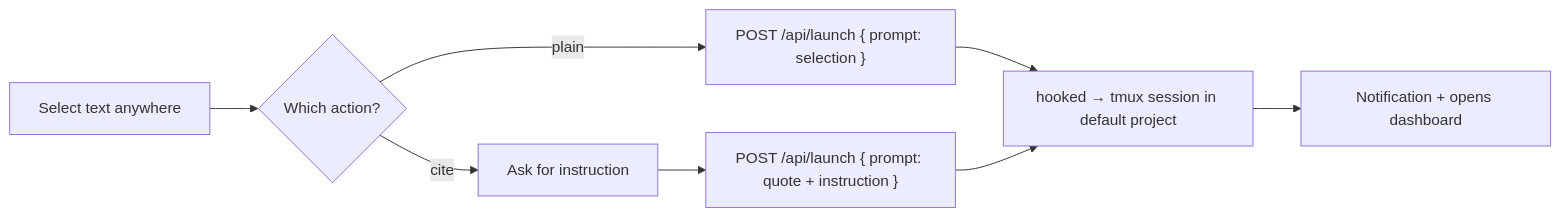
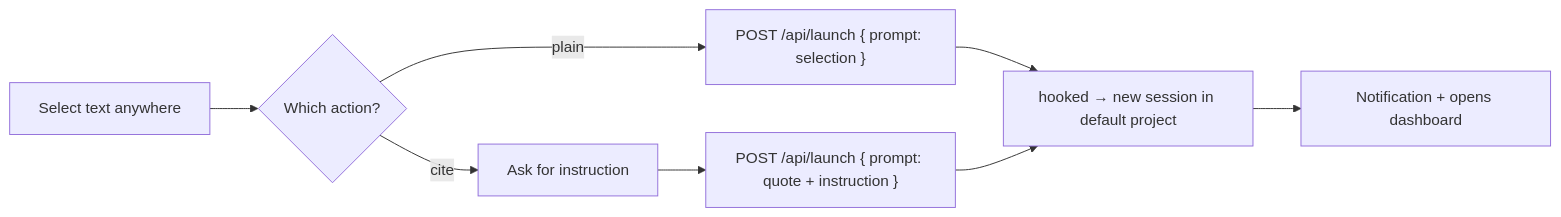
Before and after one commit to qjoly/hooked: the diagram in contrib/macos-quick-action/README.md, drawn with Mermaid. The commit also changed 85 other files, not shown here.

````diff
--- a/contrib/macos-quick-action/README.md
+++ b/contrib/macos-quick-action/README.md
@@ -12,9 +12,9 @@
 ```mermaid
 flowchart LR
   A[Select text anywhere] --> B{Which action?}
   B -->|plain| C["POST /api/launch { prompt: selection }"]
   B -->|cite| P[Ask for instruction] --> D["POST /api/launch { prompt: quote + instruction }"]
-  C --> E[hooked → tmux session in default project]
+  C --> E[hooked → new session in default project]
   D --> E
   E --> F[Notification + opens dashboard]
 ```
````
